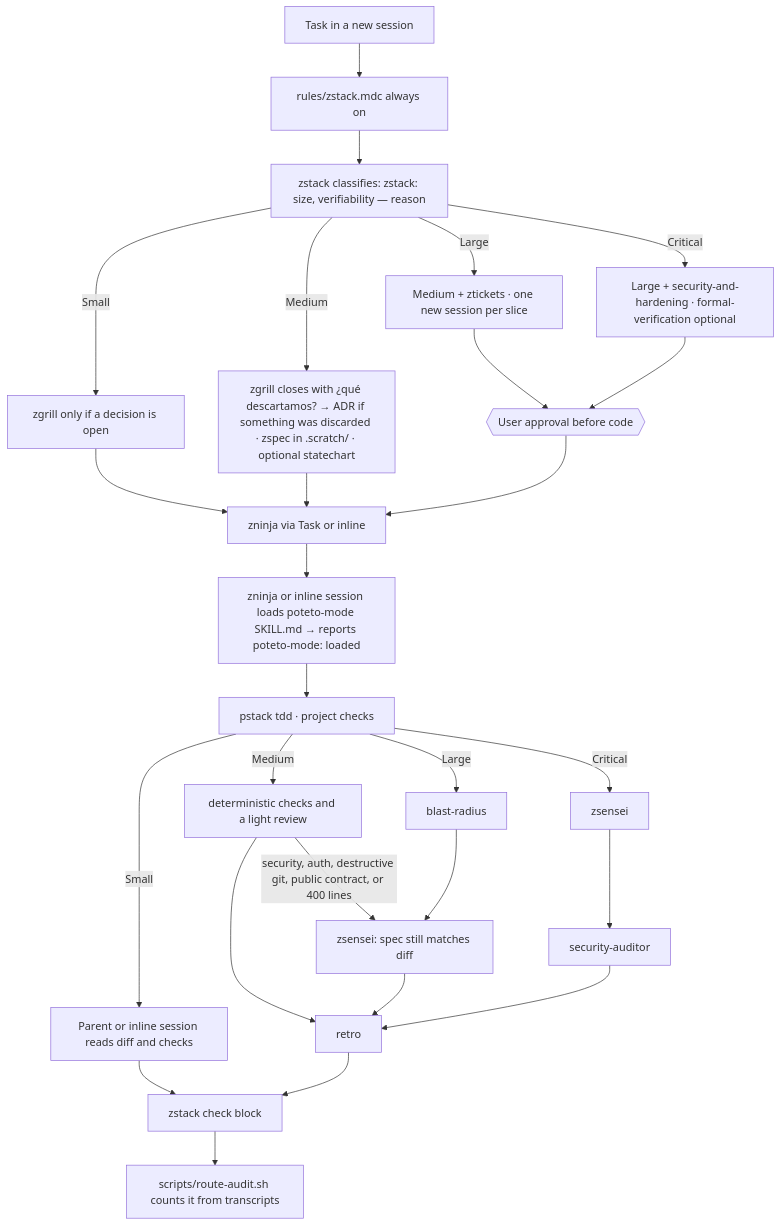
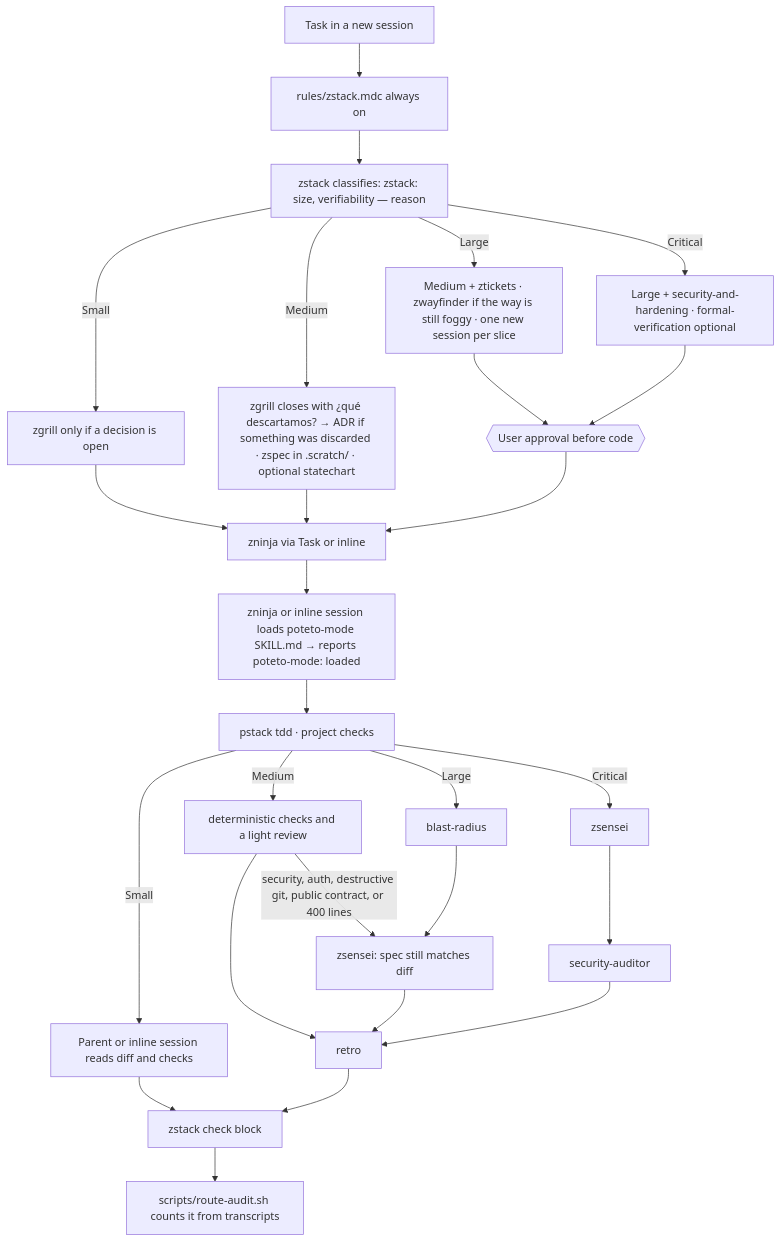
One commit to Byevenes/agent-workflow changed the diagram in docs/software-factory.md. Above: the diagram before and after it, drawn with Mermaid. The commit also changed 10 other files, not shown here.

````diff
--- a/docs/software-factory.md
+++ b/docs/software-factory.md
@@ -5,27 +5,27 @@
 ```mermaid
 flowchart TD
   task[Task in a new session] --> rule[rules/zstack.mdc always on]
   rule --> rw[zstack classifies: zstack: size, verifiability — reason]
   rw -->|Small| sPlan[zgrill only if a decision is open]
   rw -->|Medium| mPlan[zgrill closes with ¿qué descartamos? → ADR if something was discarded · zspec in .scratch/ · optional statechart]
-  rw -->|Large| lPlan[Medium + ztickets · one new session per slice]
+  rw -->|Large| lPlan[Medium + ztickets · zwayfinder if the way is still foggy · one new session per slice]
   rw -->|Critical| cPlan[Large + security-and-hardening · formal-verification optional]
   lPlan --> gate{{User approval before code}}
   cPlan --> gate
   sPlan --> impl
   mPlan --> impl
   gate --> impl[zninja via Task or inline]
   impl --> pm[zninja or inline session loads poteto-mode SKILL.md → reports poteto-mode: loaded]
   pm --> tdd[pstack tdd · project checks]
   tdd -->|Small| done[Parent or inline session reads diff and checks]
   tdd -->|Medium| light[deterministic checks and a light review]
   light -->|security, auth, destructive git, public contract, or 400 lines| cr
   tdd -->|Large| br[blast-radius] --> cr[zsensei: spec still matches diff]
   tdd -->|Critical| cr2[zsensei] --> sa[security-auditor]
   light --> retro[retro]
   cr --> retro
   sa --> retro
   done --> check[zstack check block]
   retro --> check
   check --> audit[scripts/route-audit.sh counts it from transcripts]
 ```
````
